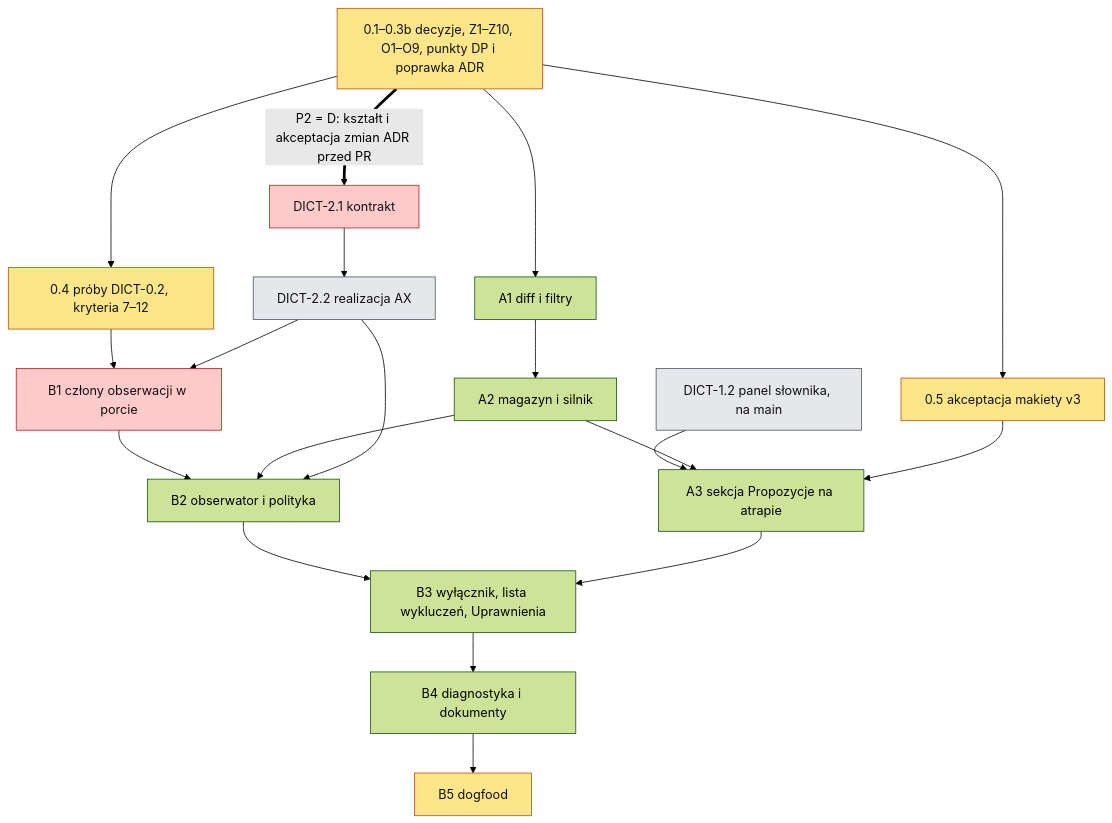
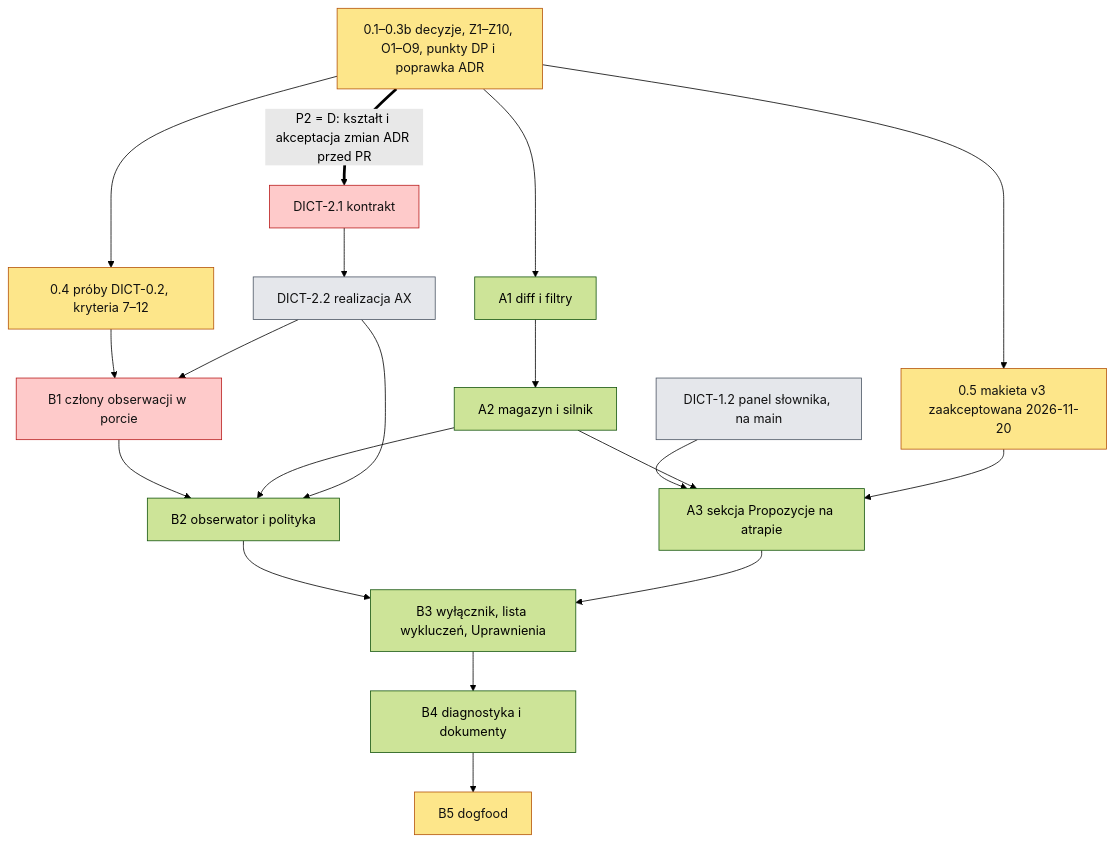
Before and after one commit to mjozefiak/Pounce: the second of 2 diagrams in .ai/specs/2026-11-20-dictation-vocabulary-auto-learn.md, drawn with Mermaid (forest theme). The commit also changed other lines of this file and 10 other files, not shown here.

````diff
--- a/.ai/specs/2026-11-20-dictation-vocabulary-auto-learn.md
+++ b/.ai/specs/2026-11-20-dictation-vocabulary-auto-learn.md
@@ -850,23 +883,23 @@
 ```mermaid
 flowchart TD
   classDef gate fill:#fde68a,color:#111,stroke:#b45309
   classDef contract fill:#fecaca,color:#111,stroke:#b91c1c
   classDef existing fill:#e5e7eb,color:#111,stroke:#4b5563
   O[0.1–0.3b decyzje, Z1–Z10, O1–O9, punkty DP i poprawka ADR]:::gate --> A1
   O --> P[0.4 próby DICT-0.2, kryteria 7–12]:::gate
-  O --> X[0.5 akceptacja makiety v3]:::gate
+  O --> X[0.5 makieta v3 zaakceptowana 2026-11-20]:::gate
   D12[DICT-1.2 panel słownika, na main]:::existing --> A3
   A1[A1 diff i filtry] --> A2[A2 magazyn i silnik]
   A2 --> A3[A3 sekcja Propozycje na atrapie]
   X --> A3
   D21[DICT-2.1 kontrakt]:::contract --> D22[DICT-2.2 realizacja AX]:::existing
   O ==>|P2 = D: kształt i akceptacja zmian ADR przed PR| D21
   P --> B1
   D22 --> B1[B1 człony obserwacji w porcie]:::contract
   B1 --> B2[B2 obserwator i polityka]
   A2 --> B2
   D22 --> B2
   B2 --> B3[B3 wyłącznik, lista wykluczeń, Uprawnienia]
   A3 --> B3
   B3 --> B4[B4 diagnostyka i dokumenty] --> B5[B5 dogfood]:::gate
 ```
````
